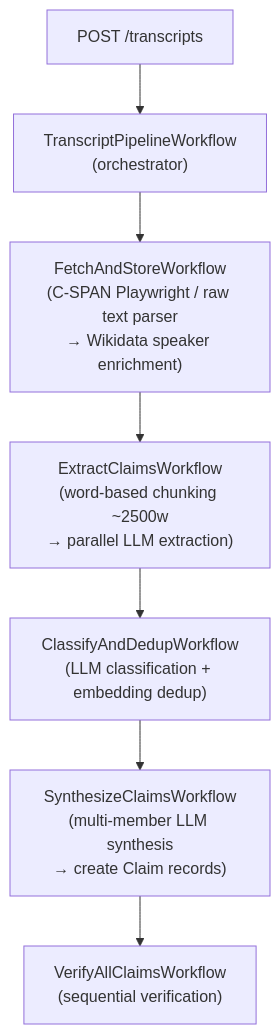
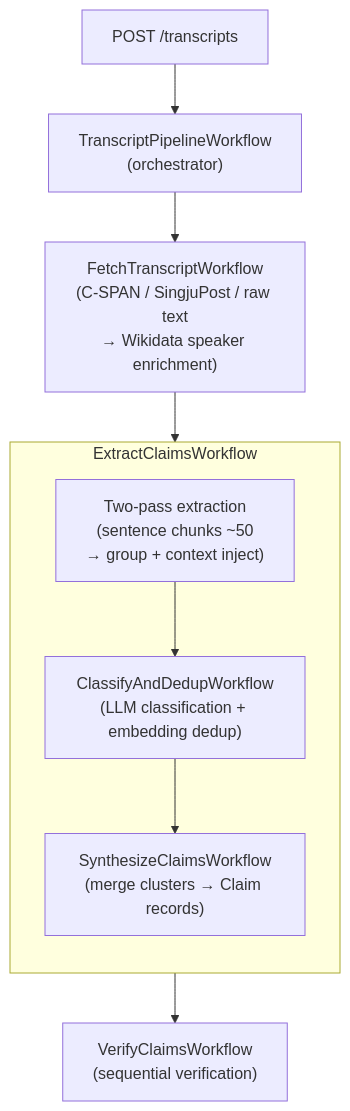
One commit to vedantadhobley/spin-cycle changed the second of 3 diagrams in README.md. Above: the diagram before and after it, drawn with Mermaid. The commit also changed other lines of this file and 10 other files, not shown here.

First line of the commit message:
docs: update logging, docs, and project structure for two-pass extraction

````diff
--- a/README.md
+++ b/README.md
@@ -58,10 +58,16 @@
 ```mermaid
 flowchart TD
     POST["POST /transcripts"] --> PIPE["TranscriptPipelineWorkflow\n(orchestrator)"]
 
-    PIPE --> FETCH["FetchAndStoreWorkflow\n(C-SPAN Playwright / raw text parser\n→ Wikidata speaker enrichment)"]
-    FETCH --> EXTRACT["ExtractClaimsWorkflow\n(word-based chunking ~2500w\n→ parallel LLM extraction)"]
-    EXTRACT --> CLASSIFY["ClassifyAndDedupWorkflow\n(LLM classification + embedding dedup)"]
-    CLASSIFY --> SYNTH["SynthesizeClaimsWorkflow\n(multi-member LLM synthesis\n→ create Claim records)"]
-    SYNTH --> VERIFY["VerifyAllClaimsWorkflow\n(sequential verification)"]
+    PIPE --> FETCH["FetchTranscriptWorkflow\n(C-SPAN / SingjuPost / raw text\n→ Wikidata speaker enrichment)"]
+    FETCH --> ECW
+
+    subgraph ECW["ExtractClaimsWorkflow"]
+        direction TB
+        EX["Two-pass extraction\n(sentence chunks ~50\n→ group + context inject)"]
+        EX --> CL["ClassifyAndDedupWorkflow\n(LLM classification + embedding dedup)"]
+        CL --> SY["SynthesizeClaimsWorkflow\n(merge clusters → Claim records)"]
+    end
+
+    ECW --> VERIFY["VerifyClaimsWorkflow\n(sequential verification)"]
 ```
````
